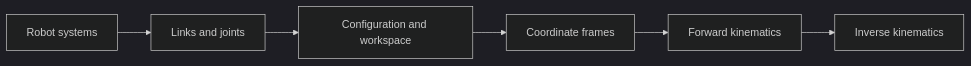
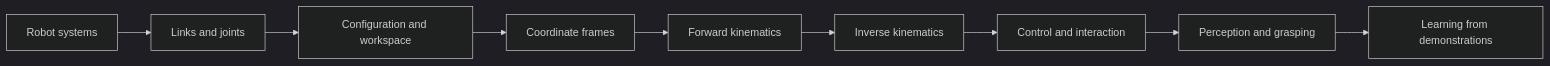
Before and after one commit to Israel-Charles/robotics_learn: the diagram in README.md, drawn with Mermaid (dark theme). The commit also changed other lines of this file and 23 other files, not shown here.

First line of the commit message:
Add control and interaction concepts, collaborative robots, and perception for grasping

````diff
--- a/README.md
+++ b/README.md
@@ -29,8 +31,11 @@
 ```mermaid
 flowchart LR
     A[Robot systems] --> B[Links and joints]
     B --> C[Configuration and workspace]
     C --> D[Coordinate frames]
     D --> E[Forward kinematics]
     E --> F[Inverse kinematics]
+    F --> G[Control and interaction]
+    G --> H[Perception and grasping]
+    H --> I[Learning from demonstrations]
 ```
````
